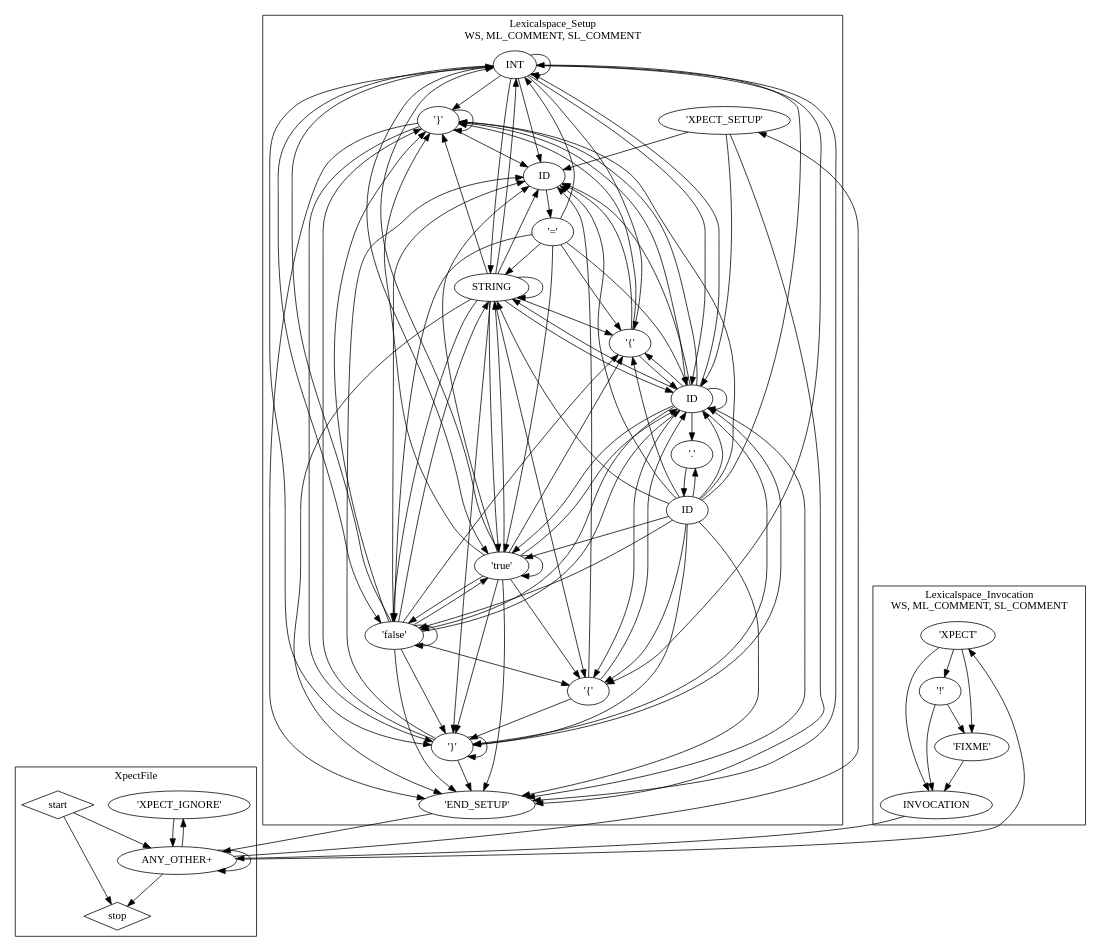
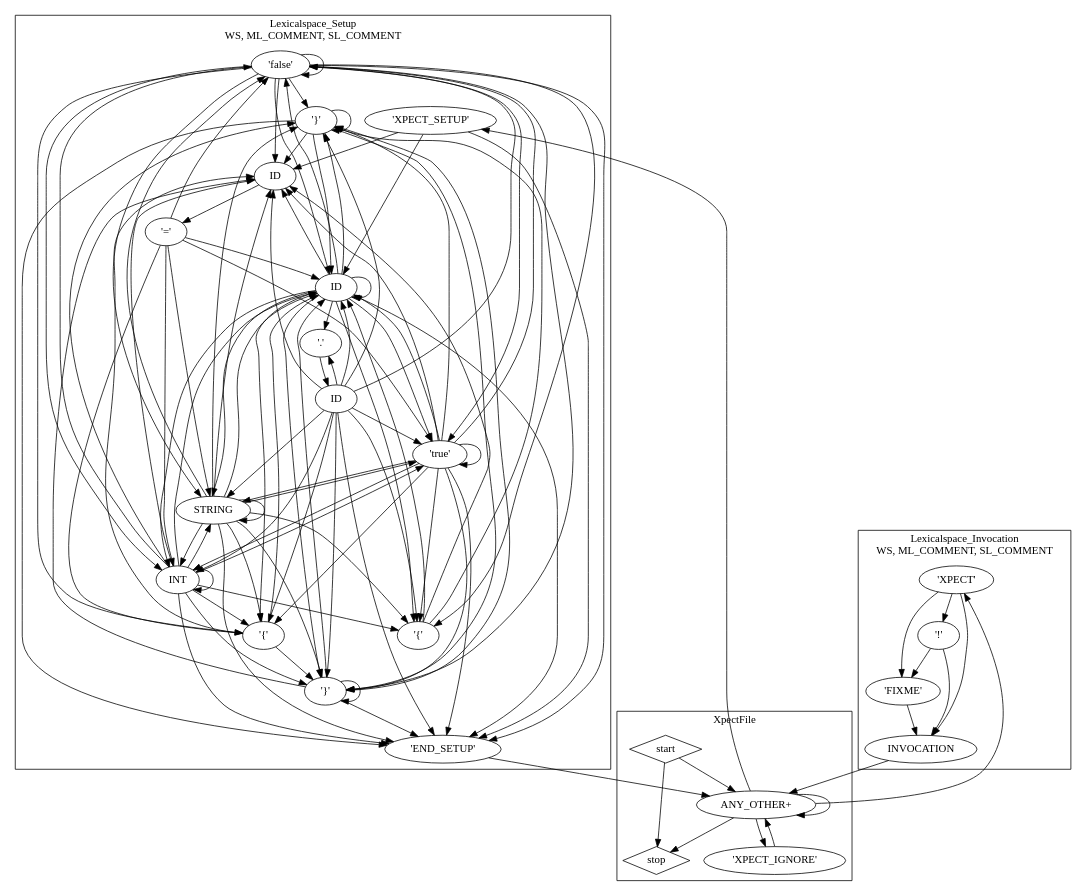
The diagram in org.eclipse.xpect.ui/src-gen/org/eclipse/xpect/lexer/XpectHIGrammarNfa.dot (tjeske/Xpect), drawn with Graphviz before and after one commit. The commit also changed 20 other files, not shown here.

```diff
--- a/org.eclipse.xpect.ui/src-gen/org/eclipse/xpect/lexer/XpectHIGrammarNfa.dot
+++ b/org.eclipse.xpect.ui/src-gen/org/eclipse/xpect/lexer/XpectHIGrammarNfa.dot
@@ -1,150 +1,150 @@
 ## This is a Graphviz .dot file (http://www.graphviz.org/)
 ## You can use the command 'dot -Tpdf this.dot > out.pdf' to render it.
 digraph G {
-subgraph cluster_lexicalgroup1555928242 {
-label="Lexicalspace_Invocation\nWS, ML_COMMENT, SL_COMMENT";
-tokennfastate753282599 [label="'!'"];
-tokennfastate1949153992 [label="'XPECT'"];
-tokennfastate2136962865 [label=INVOCATION];
-tokennfastate791512944 [label="'FIXME'"];
+subgraph cluster_lexicalgroup1637411253 {
+label="Lexicalspace_Setup\nWS, ML_COMMENT, SL_COMMENT";
+tokennfastate159168732 [label="'false'"];
+tokennfastate890696758 [label="'}'"];
+tokennfastate458630068 [label="'{'"];
+tokennfastate967425740 [label="'{'"];
+tokennfastate608331944 [label=ID];
+tokennfastate1446688469 [label="'true'"];
+tokennfastate1418678112 [label=STRING];
+tokennfastate1505755152 [label=INT];
+tokennfastate861286727 [label="'='"];
+tokennfastate857972082 [label="'XPECT_SETUP'"];
+tokennfastate147015217 [label="'END_SETUP'"];
+tokennfastate983972691 [label=ID];
+tokennfastate695846639 [label="'}'"];
+tokennfastate227935585 [label="'.'"];
+tokennfastate1242124176 [label=ID];
 }
 
-subgraph cluster_lexicalgroup825791803 {
-label="Lexicalspace_Setup\nWS, ML_COMMENT, SL_COMMENT";
-tokennfastate1953342799 [label=INT];
-tokennfastate1188137523 [label="'END_SETUP'"];
-tokennfastate1921332678 [label="'.'"];
-tokennfastate1871689990 [label="'}'"];
-tokennfastate1638556416 [label=ID];
-tokennfastate892903721 [label="'{'"];
-tokennfastate38073174 [label=ID];
-tokennfastate2058316797 [label="'}'"];
-tokennfastate1986901753 [label="'false'"];
-tokennfastate1977299598 [label="'XPECT_SETUP'"];
-tokennfastate811986896 [label=ID];
-tokennfastate198220326 [label="'='"];
-tokennfastate470217116 [label="'true'"];
-tokennfastate1016893923 [label="'{'"];
-tokennfastate1344320927 [label=STRING];
+subgraph cluster_lexicalgroup885459806 {
+label="XpectFile\n";
+tokennfastate432161569 [label="ANY_OTHER+"];
+tokennfastate63051919 [shape=diamond,label=stop];
+tokennfastate1684797606 [shape=diamond,label=start];
+tokennfastate768342053 [label="'XPECT_IGNORE'"];
 }
 
-subgraph cluster_lexicalgroup278166606 {
-label="XpectFile\n";
-tokennfastate2116946826 [label="'XPECT_IGNORE'"];
-tokennfastate1250685404 [shape=diamond,label=start];
-tokennfastate1230977381 [shape=diamond,label=stop];
-tokennfastate428169113 [label="ANY_OTHER+"];
+subgraph cluster_lexicalgroup189194499 {
+label="Lexicalspace_Invocation\nWS, ML_COMMENT, SL_COMMENT";
+tokennfastate195198182 [label="'FIXME'"];
+tokennfastate639331468 [label="'XPECT'"];
+tokennfastate1641421582 [label="'!'"];
+tokennfastate452368204 [label=INVOCATION];
 }
 
-tokennfastate753282599->tokennfastate2136962865 [];
-tokennfastate753282599->tokennfastate791512944 [];
-tokennfastate1949153992->tokennfastate2136962865 [];
-tokennfastate1949153992->tokennfastate753282599 [];
-tokennfastate1949153992->tokennfastate791512944 [];
-tokennfastate2136962865->tokennfastate428169113 [];
-tokennfastate791512944->tokennfastate2136962865 [];
-tokennfastate1953342799->tokennfastate1016893923 [];
-tokennfastate1953342799->tokennfastate2058316797 [];
-tokennfastate1953342799->tokennfastate811986896 [];
-tokennfastate1953342799->tokennfastate38073174 [];
-tokennfastate1953342799->tokennfastate1871689990 [];
-tokennfastate1953342799->tokennfastate1188137523 [];
-tokennfastate1953342799->tokennfastate892903721 [];
-tokennfastate1953342799->tokennfastate470217116 [];
-tokennfastate1953342799->tokennfastate1986901753 [];
-tokennfastate1953342799->tokennfastate1953342799 [];
-tokennfastate1953342799->tokennfastate1344320927 [];
-tokennfastate1188137523->tokennfastate428169113 [];
-tokennfastate1921332678->tokennfastate1638556416 [];
-tokennfastate1871689990->tokennfastate2058316797 [];
-tokennfastate1871689990->tokennfastate811986896 [];
-tokennfastate1871689990->tokennfastate38073174 [];
-tokennfastate1871689990->tokennfastate1871689990 [];
-tokennfastate1871689990->tokennfastate1188137523 [];
-tokennfastate1638556416->tokennfastate892903721 [];
-tokennfastate1638556416->tokennfastate470217116 [];
-tokennfastate1638556416->tokennfastate1986901753 [];
-tokennfastate1638556416->tokennfastate1953342799 [];
-tokennfastate1638556416->tokennfastate1344320927 [];
-tokennfastate1638556416->tokennfastate2058316797 [];
-tokennfastate1638556416->tokennfastate811986896 [];
-tokennfastate1638556416->tokennfastate38073174 [];
-tokennfastate1638556416->tokennfastate1871689990 [];
-tokennfastate1638556416->tokennfastate1188137523 [];
-tokennfastate1638556416->tokennfastate1016893923 [];
-tokennfastate1638556416->tokennfastate1921332678 [];
-tokennfastate892903721->tokennfastate2058316797 [];
-tokennfastate892903721->tokennfastate811986896 [];
-tokennfastate892903721->tokennfastate38073174 [];
-tokennfastate38073174->tokennfastate198220326 [];
-tokennfastate2058316797->tokennfastate1188137523 [];
-tokennfastate2058316797->tokennfastate811986896 [];
-tokennfastate2058316797->tokennfastate38073174 [];
-tokennfastate2058316797->tokennfastate2058316797 [];
-tokennfastate2058316797->tokennfastate1871689990 [];
-tokennfastate1986901753->tokennfastate1016893923 [];
-tokennfastate1986901753->tokennfastate2058316797 [];
-tokennfastate1986901753->tokennfastate811986896 [];
-tokennfastate1986901753->tokennfastate38073174 [];
-tokennfastate1986901753->tokennfastate1871689990 [];
-tokennfastate1986901753->tokennfastate1188137523 [];
-tokennfastate1986901753->tokennfastate892903721 [];
-tokennfastate1986901753->tokennfastate470217116 [];
-tokennfastate1986901753->tokennfastate1986901753 [];
-tokennfastate1986901753->tokennfastate1953342799 [];
-tokennfastate1986901753->tokennfastate1344320927 [];
-tokennfastate1977299598->tokennfastate1188137523 [];
-tokennfastate1977299598->tokennfastate811986896 [];
-tokennfastate1977299598->tokennfastate38073174 [];
-tokennfastate811986896->tokennfastate1188137523 [];
-tokennfastate811986896->tokennfastate811986896 [];
-tokennfastate811986896->tokennfastate38073174 [];
-tokennfastate811986896->tokennfastate1921332678 [];
-tokennfastate811986896->tokennfastate2058316797 [];
-tokennfastate811986896->tokennfastate1871689990 [];
-tokennfastate811986896->tokennfastate470217116 [];
-tokennfastate811986896->tokennfastate1986901753 [];
-tokennfastate811986896->tokennfastate1953342799 [];
-tokennfastate811986896->tokennfastate1344320927 [];
-tokennfastate811986896->tokennfastate1016893923 [];
-tokennfastate811986896->tokennfastate892903721 [];
-tokennfastate198220326->tokennfastate811986896 [];
-tokennfastate198220326->tokennfastate1016893923 [];
-tokennfastate198220326->tokennfastate470217116 [];
-tokennfastate198220326->tokennfastate1986901753 [];
-tokennfastate198220326->tokennfastate1953342799 [];
-tokennfastate198220326->tokennfastate1344320927 [];
-tokennfastate470217116->tokennfastate1016893923 [];
-tokennfastate470217116->tokennfastate2058316797 [];
-tokennfastate470217116->tokennfastate811986896 [];
-tokennfastate470217116->tokennfastate38073174 [];
-tokennfastate470217116->tokennfastate1871689990 [];
-tokennfastate470217116->tokennfastate1188137523 [];
-tokennfastate470217116->tokennfastate892903721 [];
-tokennfastate470217116->tokennfastate470217116 [];
-tokennfastate470217116->tokennfastate1986901753 [];
-tokennfastate470217116->tokennfastate1953342799 [];
-tokennfastate470217116->tokennfastate1344320927 [];
-tokennfastate1016893923->tokennfastate1871689990 [];
-tokennfastate1016893923->tokennfastate38073174 [];
-tokennfastate1016893923->tokennfastate811986896 [];
-tokennfastate1344320927->tokennfastate1016893923 [];
-tokennfastate1344320927->tokennfastate2058316797 [];
-tokennfastate1344320927->tokennfastate811986896 [];
-tokennfastate1344320927->tokennfastate38073174 [];
-tokennfastate1344320927->tokennfastate1871689990 [];
-tokennfastate1344320927->tokennfastate1188137523 [];
-tokennfastate1344320927->tokennfastate892903721 [];
-tokennfastate1344320927->tokennfastate470217116 [];
-tokennfastate1344320927->tokennfastate1986901753 [];
-tokennfastate1344320927->tokennfastate1953342799 [];
-tokennfastate1344320927->tokennfastate1344320927 [];
-tokennfastate2116946826->tokennfastate428169113 [];
-tokennfastate1250685404->tokennfastate1230977381 [];
-tokennfastate1250685404->tokennfastate428169113 [];
-tokennfastate428169113->tokennfastate2116946826 [];
-tokennfastate428169113->tokennfastate1977299598 [];
-tokennfastate428169113->tokennfastate1949153992 [];
-tokennfastate428169113->tokennfastate1230977381 [];
-tokennfastate428169113->tokennfastate428169113 [];
+tokennfastate159168732->tokennfastate967425740 [];
+tokennfastate159168732->tokennfastate890696758 [];
+tokennfastate159168732->tokennfastate1242124176 [];
+tokennfastate159168732->tokennfastate983972691 [];
+tokennfastate159168732->tokennfastate695846639 [];
+tokennfastate159168732->tokennfastate147015217 [];
+tokennfastate159168732->tokennfastate458630068 [];
+tokennfastate159168732->tokennfastate1446688469 [];
+tokennfastate159168732->tokennfastate159168732 [];
+tokennfastate159168732->tokennfastate1505755152 [];
+tokennfastate159168732->tokennfastate1418678112 [];
+tokennfastate890696758->tokennfastate147015217 [];
+tokennfastate890696758->tokennfastate1242124176 [];
+tokennfastate890696758->tokennfastate983972691 [];
+tokennfastate890696758->tokennfastate890696758 [];
+tokennfastate890696758->tokennfastate695846639 [];
+tokennfastate458630068->tokennfastate890696758 [];
+tokennfastate458630068->tokennfastate1242124176 [];
+tokennfastate458630068->tokennfastate983972691 [];
+tokennfastate967425740->tokennfastate695846639 [];
+tokennfastate967425740->tokennfastate983972691 [];
+tokennfastate967425740->tokennfastate1242124176 [];
+tokennfastate608331944->tokennfastate458630068 [];
+tokennfastate608331944->tokennfastate1446688469 [];
+tokennfastate608331944->tokennfastate159168732 [];
+tokennfastate608331944->tokennfastate1505755152 [];
+tokennfastate608331944->tokennfastate1418678112 [];
+tokennfastate608331944->tokennfastate890696758 [];
+tokennfastate608331944->tokennfastate1242124176 [];
+tokennfastate608331944->tokennfastate983972691 [];
+tokennfastate608331944->tokennfastate695846639 [];
+tokennfastate608331944->tokennfastate147015217 [];
+tokennfastate608331944->tokennfastate967425740 [];
+tokennfastate608331944->tokennfastate227935585 [];
+tokennfastate1446688469->tokennfastate967425740 [];
+tokennfastate1446688469->tokennfastate890696758 [];
+tokennfastate1446688469->tokennfastate1242124176 [];
+tokennfastate1446688469->tokennfastate983972691 [];
+tokennfastate1446688469->tokennfastate695846639 [];
+tokennfastate1446688469->tokennfastate147015217 [];
+tokennfastate1446688469->tokennfastate458630068 [];
+tokennfastate1446688469->tokennfastate1446688469 [];
+tokennfastate1446688469->tokennfastate159168732 [];
+tokennfastate1446688469->tokennfastate1505755152 [];
+tokennfastate1446688469->tokennfastate1418678112 [];
+tokennfastate1418678112->tokennfastate967425740 [];
+tokennfastate1418678112->tokennfastate890696758 [];
+tokennfastate1418678112->tokennfastate1242124176 [];
+tokennfastate1418678112->tokennfastate983972691 [];
+tokennfastate1418678112->tokennfastate695846639 [];
+tokennfastate1418678112->tokennfastate147015217 [];
+tokennfastate1418678112->tokennfastate458630068 [];
+tokennfastate1418678112->tokennfastate1446688469 [];
+tokennfastate1418678112->tokennfastate159168732 [];
+tokennfastate1418678112->tokennfastate1505755152 [];
+tokennfastate1418678112->tokennfastate1418678112 [];
+tokennfastate1505755152->tokennfastate967425740 [];
+tokennfastate1505755152->tokennfastate890696758 [];
+tokennfastate1505755152->tokennfastate1242124176 [];
+tokennfastate1505755152->tokennfastate983972691 [];
+tokennfastate1505755152->tokennfastate695846639 [];
+tokennfastate1505755152->tokennfastate147015217 [];
+tokennfastate1505755152->tokennfastate458630068 [];
+tokennfastate1505755152->tokennfastate1446688469 [];
+tokennfastate1505755152->tokennfastate159168732 [];
+tokennfastate1505755152->tokennfastate1505755152 [];
+tokennfastate1505755152->tokennfastate1418678112 [];
+tokennfastate861286727->tokennfastate1242124176 [];
+tokennfastate861286727->tokennfastate967425740 [];
+tokennfastate861286727->tokennfastate1446688469 [];
+tokennfastate861286727->tokennfastate159168732 [];
+tokennfastate861286727->tokennfastate1505755152 [];
+tokennfastate861286727->tokennfastate1418678112 [];
+tokennfastate857972082->tokennfastate147015217 [];
+tokennfastate857972082->tokennfastate1242124176 [];
+tokennfastate857972082->tokennfastate983972691 [];
+tokennfastate147015217->tokennfastate432161569 [];
+tokennfastate983972691->tokennfastate861286727 [];
+tokennfastate695846639->tokennfastate890696758 [];
+tokennfastate695846639->tokennfastate1242124176 [];
+tokennfastate695846639->tokennfastate983972691 [];
+tokennfastate695846639->tokennfastate695846639 [];
+tokennfastate695846639->tokennfastate147015217 [];
+tokennfastate227935585->tokennfastate608331944 [];
+tokennfastate1242124176->tokennfastate147015217 [];
+tokennfastate1242124176->tokennfastate1242124176 [];
+tokennfastate1242124176->tokennfastate983972691 [];
+tokennfastate1242124176->tokennfastate227935585 [];
+tokennfastate1242124176->tokennfastate890696758 [];
+tokennfastate1242124176->tokennfastate695846639 [];
+tokennfastate1242124176->tokennfastate1446688469 [];
+tokennfastate1242124176->tokennfastate159168732 [];
+tokennfastate1242124176->tokennfastate1505755152 [];
+tokennfastate1242124176->tokennfastate1418678112 [];
+tokennfastate1242124176->tokennfastate967425740 [];
+tokennfastate1242124176->tokennfastate458630068 [];
+tokennfastate432161569->tokennfastate768342053 [];
+tokennfastate432161569->tokennfastate857972082 [];
+tokennfastate432161569->tokennfastate639331468 [];
+tokennfastate432161569->tokennfastate63051919 [];
+tokennfastate432161569->tokennfastate432161569 [];
+tokennfastate1684797606->tokennfastate63051919 [];
+tokennfastate1684797606->tokennfastate432161569 [];
+tokennfastate768342053->tokennfastate432161569 [];
+tokennfastate195198182->tokennfastate452368204 [];
+tokennfastate639331468->tokennfastate452368204 [];
+tokennfastate639331468->tokennfastate1641421582 [];
+tokennfastate639331468->tokennfastate195198182 [];
+tokennfastate1641421582->tokennfastate452368204 [];
+tokennfastate1641421582->tokennfastate195198182 [];
+tokennfastate452368204->tokennfastate432161569 [];
 }
```
